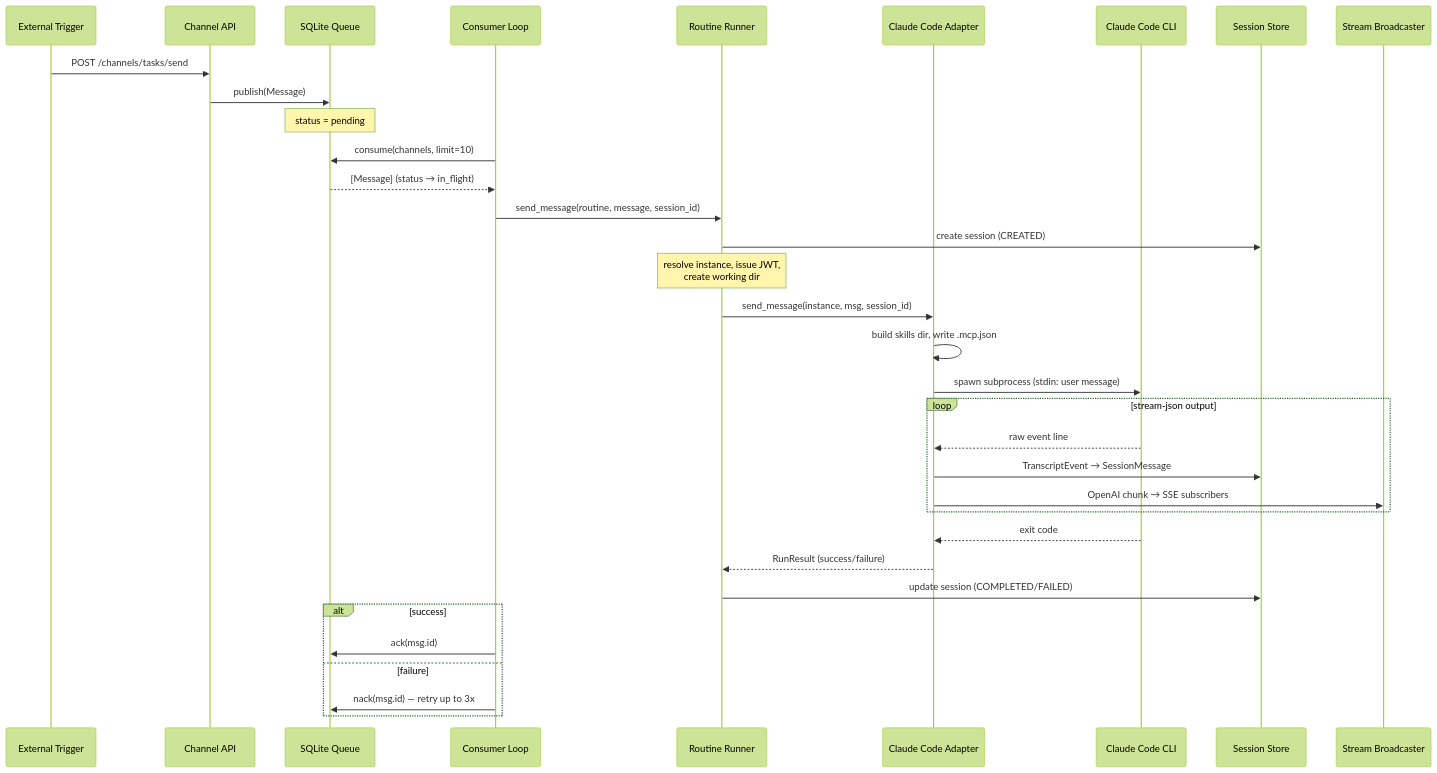
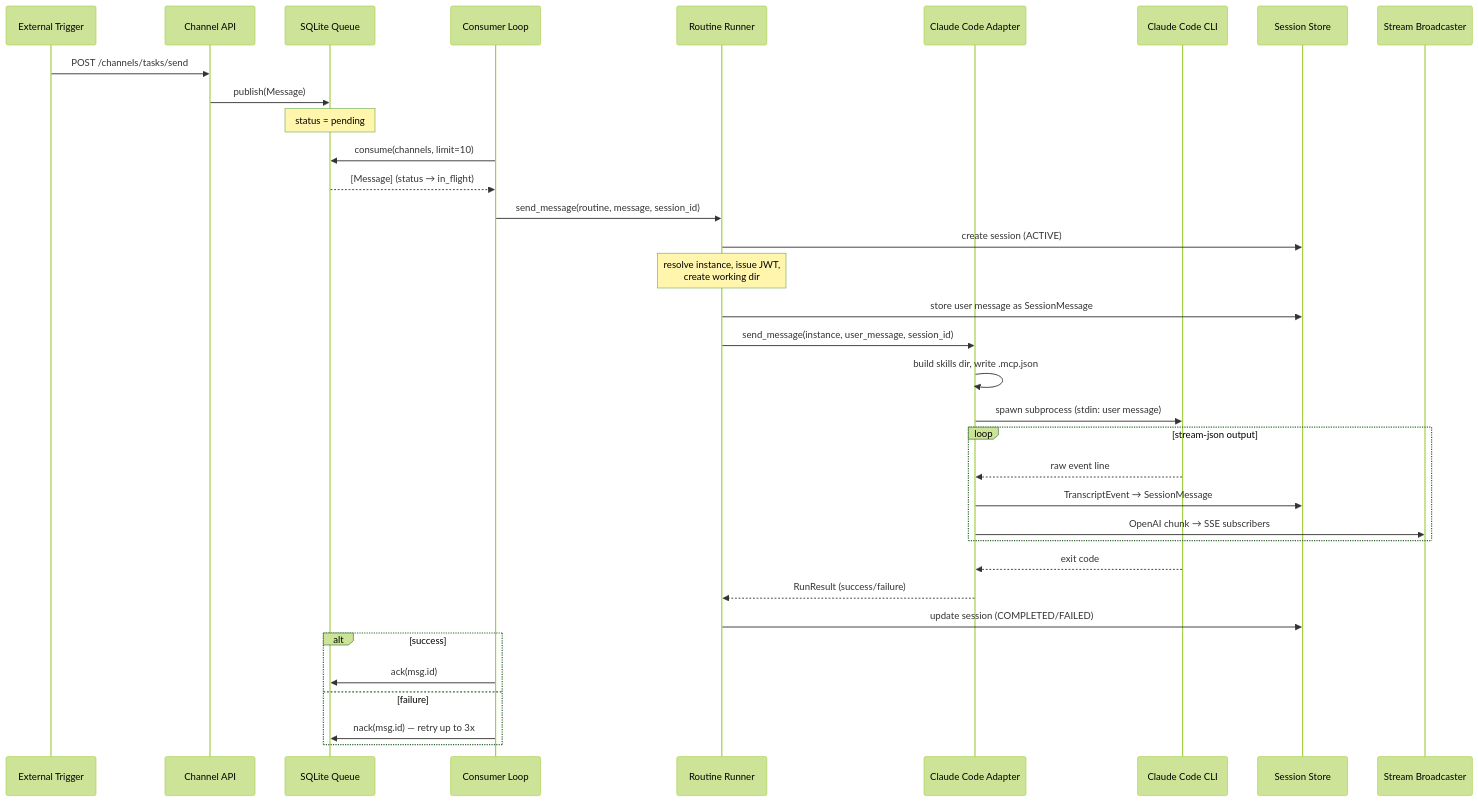
One commit to brayan07/cambium changed the fourth of 5 diagrams in docs/architecture.md. Above: the diagram before and after it, drawn with Mermaid (forest theme). The commit also changed other lines of this file, not shown here.

````diff
--- a/docs/architecture.md
+++ b/docs/architecture.md
@@ -228,43 +235,44 @@
 ```mermaid
 sequenceDiagram
     participant Ext as External Trigger
     participant API as Channel API
     participant Q as SQLite Queue
     participant CL as Consumer Loop
     participant RR as Routine Runner
     participant Ad as Claude Code Adapter
     participant CC as Claude Code CLI
     participant SS as Session Store
     participant SB as Stream Broadcaster
 
     Ext->>API: POST /channels/tasks/send
     API->>Q: publish(Message)
     Note over Q: status = pending
 
     CL->>Q: consume(channels, limit=10)
     Q-->>CL: [Message] (status → in_flight)
 
     CL->>RR: send_message(routine, message, session_id)
-    RR->>SS: create session (CREATED)
+    RR->>SS: create session (ACTIVE)
     Note over RR: resolve instance, issue JWT,<br/>create working dir
+    RR->>SS: store user message as SessionMessage
 
-    RR->>Ad: send_message(instance, msg, session_id)
+    RR->>Ad: send_message(instance, user_message, session_id)
     Ad->>Ad: build skills dir, write .mcp.json
     Ad->>CC: spawn subprocess (stdin: user message)
 
     loop stream-json output
         CC-->>Ad: raw event line
         Ad->>SS: TranscriptEvent → SessionMessage
         Ad->>SB: OpenAI chunk → SSE subscribers
     end
 
     CC-->>Ad: exit code
     Ad-->>RR: RunResult (success/failure)
     RR->>SS: update session (COMPLETED/FAILED)
 
     alt success
         CL->>Q: ack(msg.id)
     else failure
         CL->>Q: nack(msg.id) — retry up to 3x
     end
 ```
````
